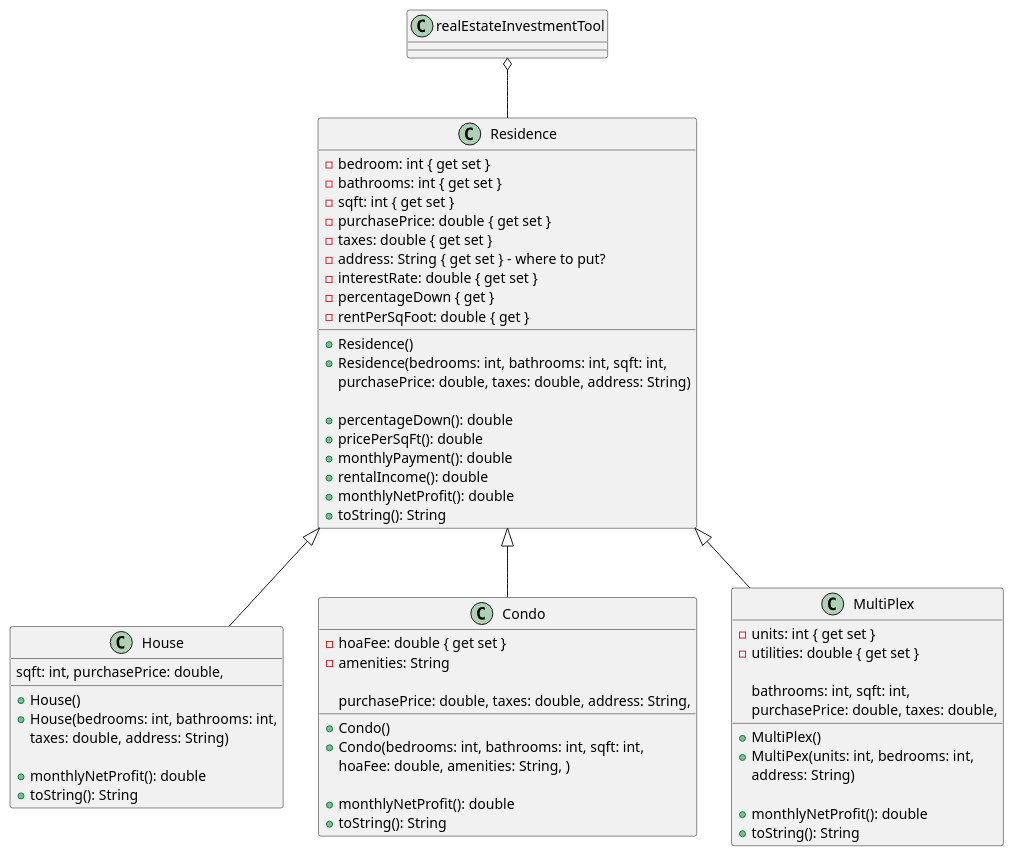
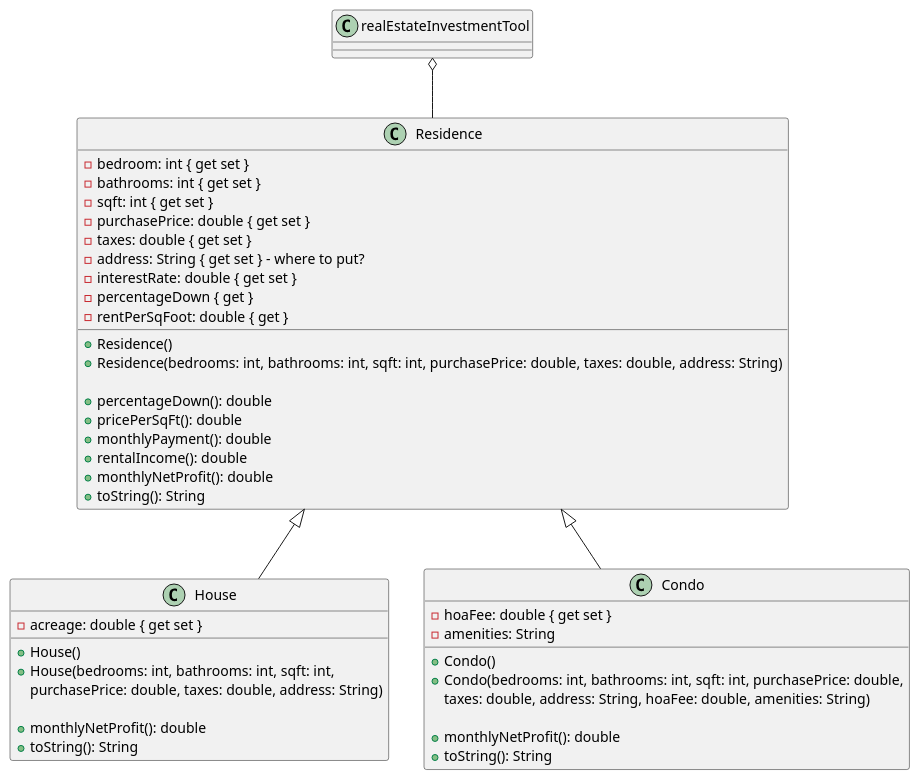
The diagram in src/Investment.plantuml (Hansen-Breanna/cit-260-final), drawn with PlantUML before and after one commit.

Commit message:
complete UML

```diff
--- a/src/Investment.plantuml
+++ b/src/Investment.plantuml
@@ -1,66 +1,50 @@
 @startuml
 
 class Residence {
     -bedroom: int { get set }
     -bathrooms: int { get set }
     -sqft: int { get set }
     -purchasePrice: double { get set }
     -taxes: double { get set }
     -address: String { get set } - where to put?
     -interestRate: double { get set }
     -percentageDown { get }
     -rentPerSqFoot: double { get }
 
     +Residence()
-    +Residence(bedrooms: int, bathrooms: int, sqft: int,
-         purchasePrice: double, taxes: double, address: String)
+    +Residence(bedrooms: int, bathrooms: int, sqft: int, purchasePrice: double, taxes: double, address: String)
 
     +percentageDown(): double
     +pricePerSqFt(): double
     +monthlyPayment(): double
     +rentalIncome(): double
     +monthlyNetProfit(): double
     +toString(): String
 }
 
 class House extends Residence {
+    -acreage: double { get set }
 
     +House()
-    +House(bedrooms: int, bathrooms: int,
-         sqft: int, purchasePrice: double,
-         taxes: double, address: String)
+    +House(bedrooms: int, bathrooms: int, sqft: int,
+    purchasePrice: double, taxes: double, address: String)
 
     +monthlyNetProfit(): double
     +toString(): String
 }
 
 class Condo extends Residence {
     -hoaFee: double { get set }
     -amenities: String
 
     +Condo()
-    +Condo(bedrooms: int, bathrooms: int, sqft: int,
-         purchasePrice: double, taxes: double, address: String,
-         hoaFee: double, amenities: String, )
-
-    +monthlyNetProfit(): double
-    +toString(): String
-}
-
-class MultiPlex extends Residence {
-    -units: int { get set }
-    -utilities: double { get set }
-
-    +MultiPlex()
-    +MultiPex(units: int, bedrooms: int,
-         bathrooms: int, sqft: int,
-         purchasePrice: double, taxes: double,
-         address: String)
+    +Condo(bedrooms: int, bathrooms: int, sqft: int, purchasePrice: double,
+    taxes: double, address: String, hoaFee: double, amenities: String)
 
     +monthlyNetProfit(): double
     +toString(): String
 }
 
 realEstateInvestmentTool o-- Residence
 
 @enduml
```
